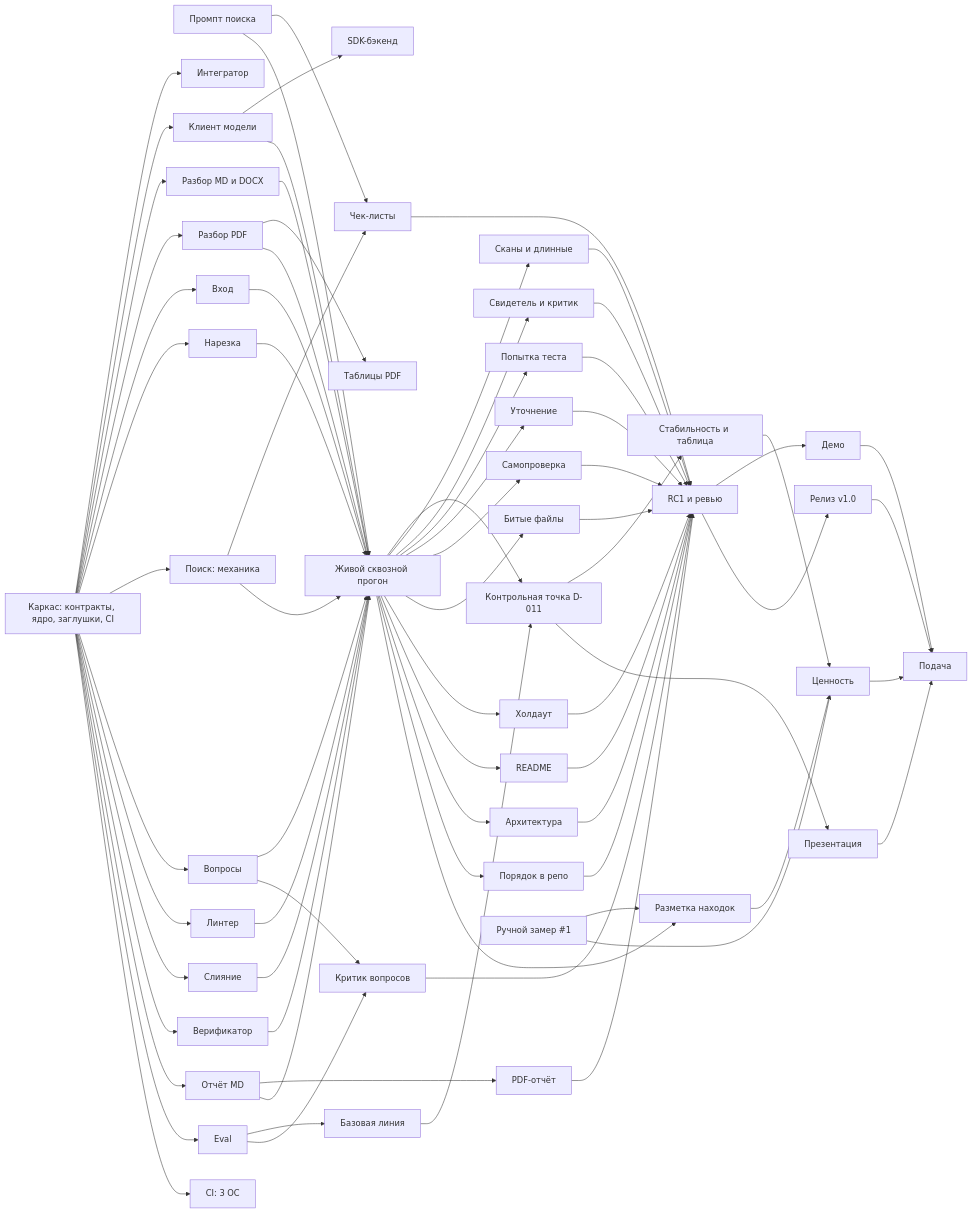
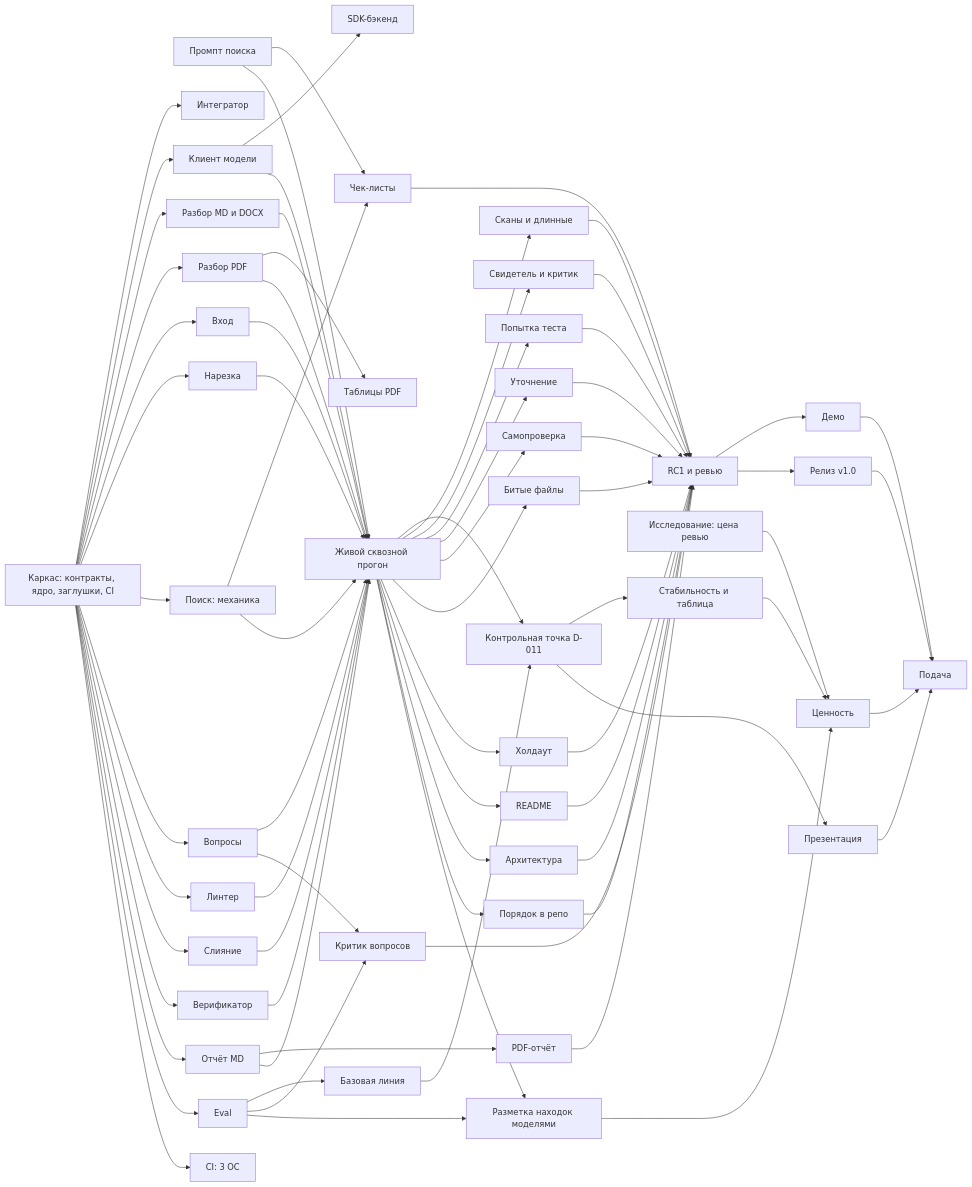
The diagram in docs/plan.md (noncalan/QAIRU-larpers), drawn with Mermaid before and after one commit. The commit also changed other lines of this file, not shown here.

First line of the commit message:
План: без ручных замеров (precision моделями, ценность по опубликованным оценкам)

````diff
--- a/docs/plan.md
+++ b/docs/plan.md
@@ -58,24 +58,24 @@
 ```mermaid
 flowchart LR
   SP[Промпт поиска]
   SK[Каркас: контракты, ядро, заглушки, CI] --> IN[Интегратор]
   SK --> LLM[Клиент модели] & MD[Разбор MD и DOCX] & PDF[Разбор PDF] & G[Вход]
   SK --> SEG[Нарезка] & SR[Поиск: механика] & Q[Вопросы] & LINT[Линтер]
   SK --> MRG[Слияние] & VER[Верификатор] & REP[Отчёт MD] & EV[Eval] & CIF[CI: 3 ОС]
   EV --> BL[Базовая линия]
   LLM --> SDK[SDK-бэкенд]
   PDF --> PT[Таблицы PDF]
   REP --> PR[PDF-отчёт]
   SP & SR --> CK[Чек-листы]
   SP & LLM & MD & PDF & G & SEG & SR & Q & LINT & MRG & VER & REP --> E2E[Живой сквозной прогон]
   E2E & BL --> CP[Контрольная точка D-011]
   E2E --> SL2[Сканы и длинные] & EVD[Свидетель и критик] & TD[Попытка теста] & CL[Уточнение] & SC[Самопроверка] & RB[Битые файлы] & HO[Холдаут] & RM[README] & AR[Архитектура] & HY[Порядок в репо]
   Q & EV --> QC[Критик вопросов]
-  MAN[Ручной замер #1] & E2E --> PRC[Разметка находок]
+  E2E & EV --> PRC[Разметка находок моделями]
   CP --> ST[Стабильность и таблица]
-  MAN & PRC & ST --> VAL[Ценность]
+  RS[Исследование: цена ревью] & PRC & ST --> VAL[Ценность]
   CP --> SLD[Презентация]
   SL2 & EVD & TD & CL & SC & RB & HO & RM & AR & HY & QC & PR & CK --> RC[RC1 и ревью]
   RC --> DEMO[Демо] & REL[Релиз v1.0]
   REL & SLD & DEMO & VAL --> SUB[Подача]
 ```
````
